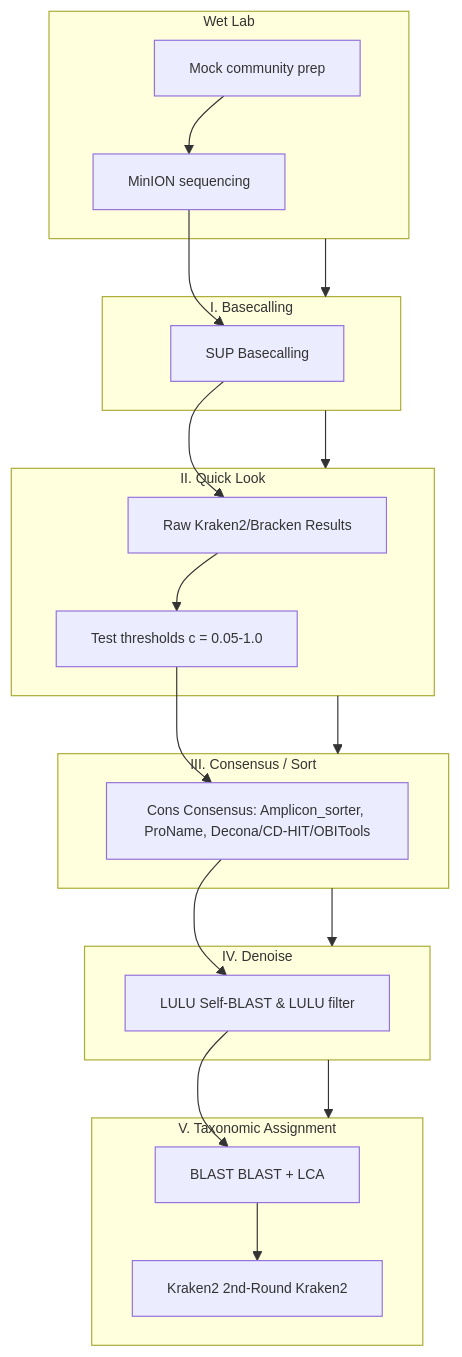
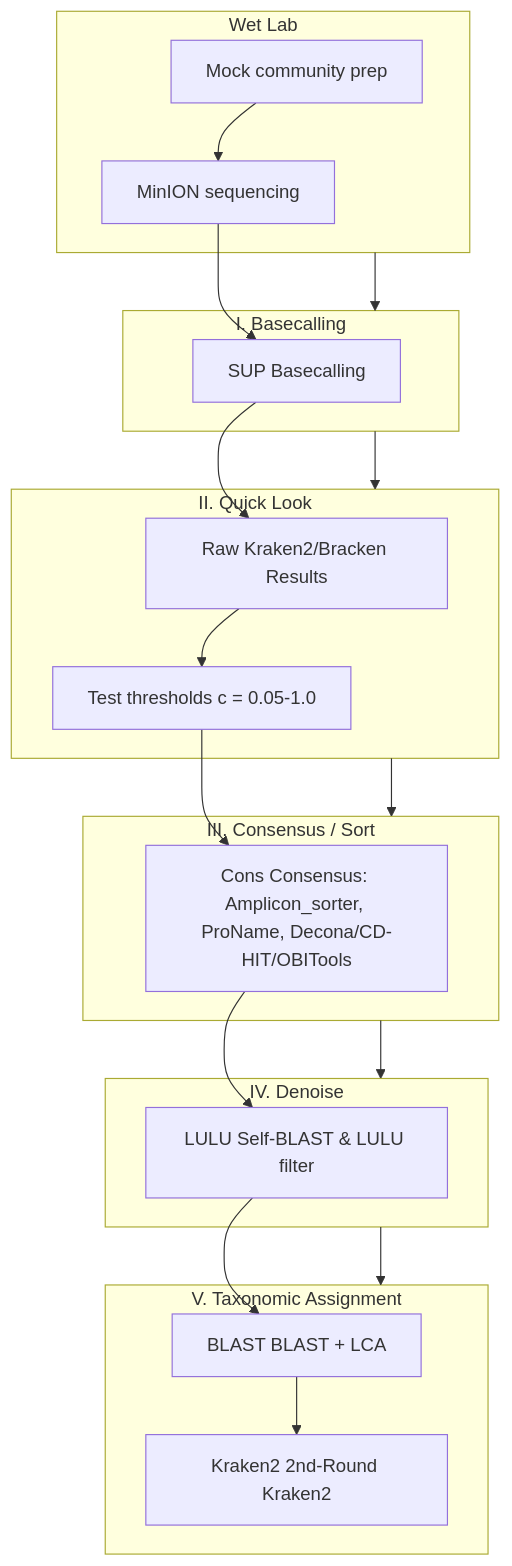
Before and after one commit to piedna/DeCodeDNA: the diagram in README.md, drawn with Mermaid.

Commit message:
Simplify flowchart with short labels and color coding

````diff
--- a/README.md
+++ b/README.md
@@ -38,37 +38,42 @@
 ```mermaid
-%%{init: { "themeVariables": { "fontSize": "12px" } }}%%
 flowchart TB
+%% define a CSS class with a smaller font
+  classDef smallFont font-size:12px;
+
+  %% apply it to every node ID you declared
+  class WetLab,Basecalling,QuickLook,Consensus,Denoise,Taxonomic smallFont;
+
     subgraph WetLab ["Wet Lab"]
         MC[Mock community prep]
         MinION[MinION sequencing]
         MC --> MinION
     end
     
     subgraph Basecalling ["I. Basecalling"]
         MinION --> SUP[SUP Basecalling]
     end
     
     subgraph QuickLook ["II. Quick Look"]
         SUP --> Kraken[Raw Kraken2/Bracken Results]
         Kraken --> TestThresh[Test thresholds c = 0.05-1.0]
     end
     
     subgraph Consensus ["III. Consensus / Sort"]
         TestThresh --> ConsSort[Cons Consensus: Amplicon_sorter, ProName, Decona/CD-HIT/OBITools]
     end
     
     subgraph Denoise ["IV. Denoise"]
         ConsSort --> LULU[LULU Self-BLAST & LULU filter]
     end
     
     subgraph Taxonomic ["V. Taxonomic Assignment"]
         LULU --> BLAST[BLAST BLAST + LCA]
         BLAST --> Kraken2[Kraken2 2nd-Round Kraken2]
     end
     
     WetLab --> Basecalling
     Basecalling --> QuickLook
     QuickLook --> Consensus
     Consensus --> Denoise
     Denoise --> Taxonomic
 ```
````
